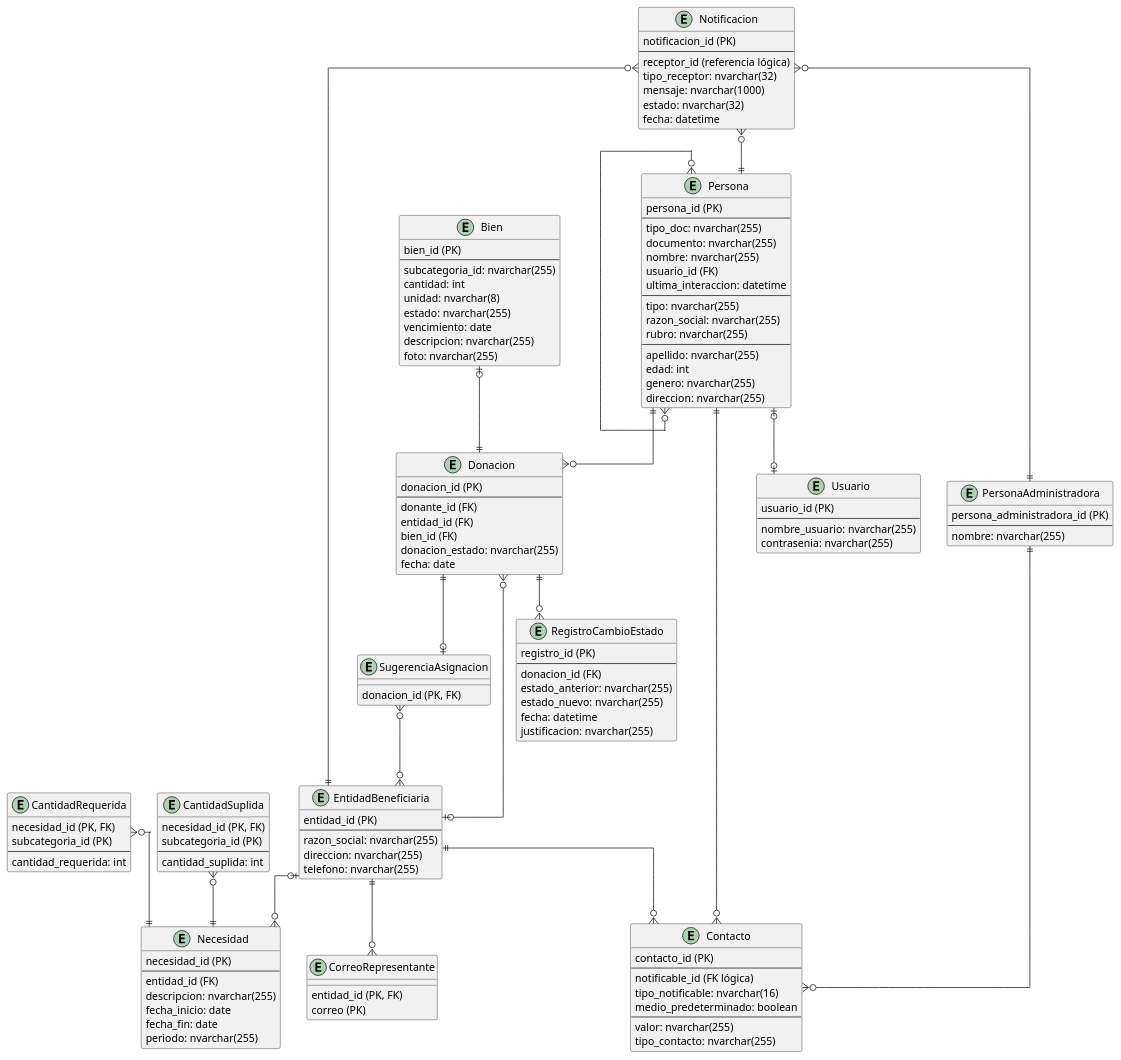
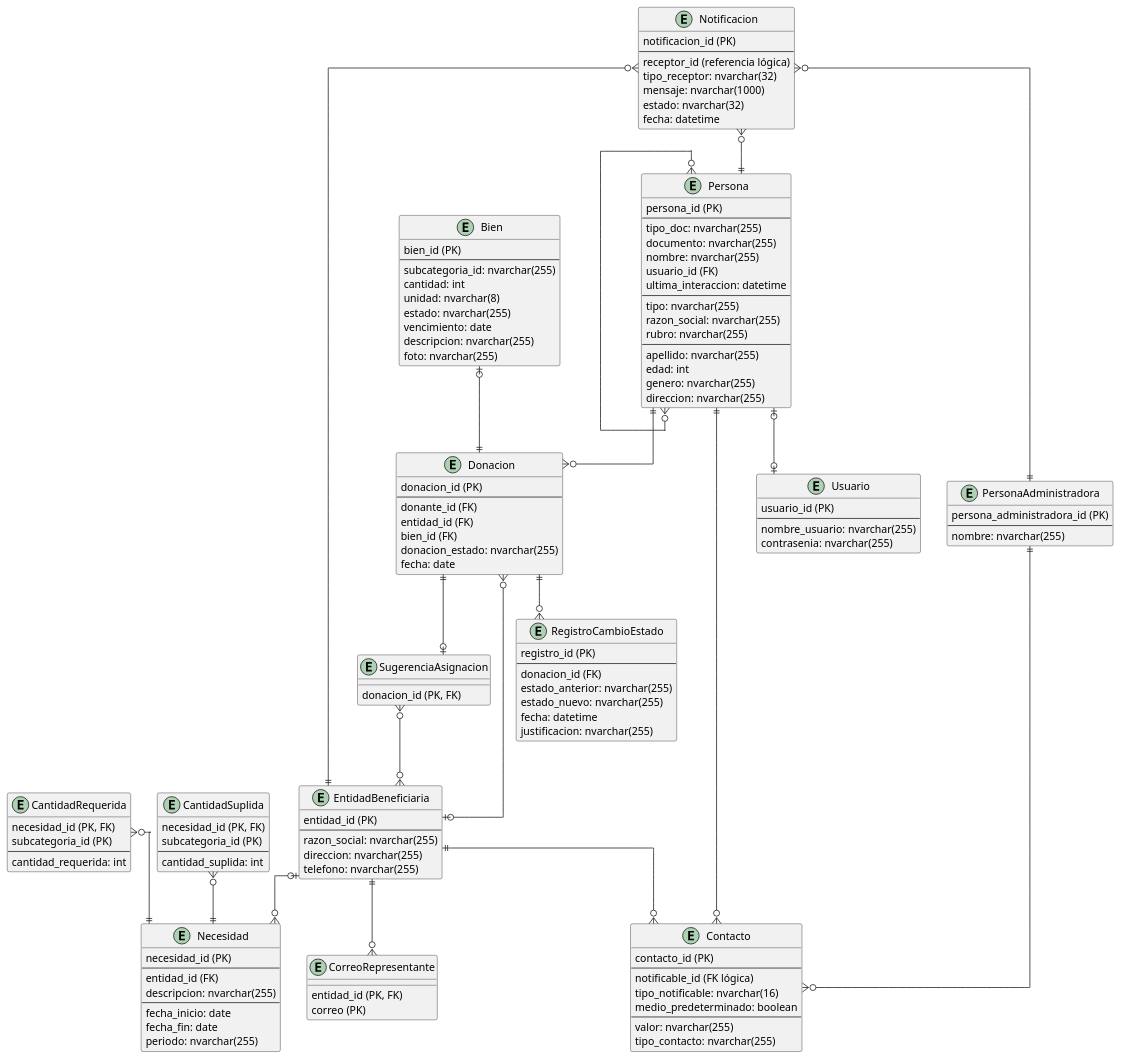
Before and after one commit to santiparis/dona-track: the diagram in documentacion/entrega3/DER_donaciones.puml, drawn with PlantUML. The commit also changed 3 other files, not shown here.

```diff
--- a/documentacion/entrega3/DER_donaciones.puml
+++ b/documentacion/entrega3/DER_donaciones.puml
@@ -1,153 +1,154 @@
 @startuml
 skinparam linetype ortho
 
 entity Bien {
     bien_id (PK)
     ---
     subcategoria_id: nvarchar(255)
     cantidad: int
     unidad: nvarchar(8)
     estado: nvarchar(255)
     vencimiento: date
     descripcion: nvarchar(255)
     foto: nvarchar(255)
 }
 
 entity Necesidad {
     necesidad_id (PK)
     ---
     entidad_id (FK)
     descripcion: nvarchar(255)
+    ---
     fecha_inicio: date
     fecha_fin: date
     periodo: nvarchar(255)
 }
 
 entity CantidadRequerida {
     necesidad_id (PK, FK)
     subcategoria_id (PK)
     ---
     cantidad_requerida: int
 }
 
 entity CantidadSuplida {
     necesidad_id (PK, FK)
     subcategoria_id (PK)
     ---
     cantidad_suplida: int
 }
 
 entity EntidadBeneficiaria {
     entidad_id (PK)
     ---
     razon_social: nvarchar(255)
     direccion: nvarchar(255)
     telefono: nvarchar(255)
 }
 
 entity Contacto {
     contacto_id (PK)
     ---
     notificable_id (FK lógica)
     tipo_notificable: nvarchar(16)
     medio_predeterminado: boolean
     ---
     valor: nvarchar(255)
     tipo_contacto: nvarchar(255)
 }
 
 entity Notificacion {
     notificacion_id (PK)
     ---
     receptor_id (referencia lógica)
     tipo_receptor: nvarchar(32)
     mensaje: nvarchar(1000)
     estado: nvarchar(32)
     fecha: datetime
 }
 
 entity Donacion {
     donacion_id (PK)
     ---
     donante_id (FK)
     entidad_id (FK)
     bien_id (FK)
     donacion_estado: nvarchar(255)
     fecha: date
 }
 
 entity RegistroCambioEstado {
     registro_id (PK)
     ---
     donacion_id (FK)
     estado_anterior: nvarchar(255)
     estado_nuevo: nvarchar(255)
     fecha: datetime
     justificacion: nvarchar(255)
 }
 
 entity Persona {
     persona_id (PK)
     ---
     tipo_doc: nvarchar(255)
     documento: nvarchar(255)
     nombre: nvarchar(255)
     usuario_id (FK)
     ultima_interaccion: datetime
     ---
     tipo: nvarchar(255)
     razon_social: nvarchar(255)
     rubro: nvarchar(255)
     ---
     apellido: nvarchar(255)
     edad: int
     genero: nvarchar(255)
     direccion: nvarchar(255)
 }
 
 entity PersonaAdministradora {
     persona_administradora_id (PK)
     ---
     nombre: nvarchar(255)
 }
 
 entity Usuario {
     usuario_id (PK)
     ---
     nombre_usuario: nvarchar(255)
     contrasenia: nvarchar(255)
 }
 
 entity CorreoRepresentante {
     entidad_id (PK, FK)
     correo (PK)
 }
 
 entity SugerenciaAsignacion {
     donacion_id (PK, FK)
 }
 
 Persona ||--o{ Contacto
 EntidadBeneficiaria ||--o{ Contacto
 PersonaAdministradora ||--o{ Contacto
 Persona |o--o| Usuario
 Notificacion }o--|| Persona
 Notificacion }o--|| EntidadBeneficiaria
 Notificacion }o--|| PersonaAdministradora
 
 Bien |o--|| Donacion
 
 CantidadRequerida }o--|| Necesidad
 
 CantidadSuplida }o--|| Necesidad
 
 EntidadBeneficiaria |o--o{ Necesidad
 EntidadBeneficiaria |o--o{ Donacion
 EntidadBeneficiaria ||--o{ CorreoRepresentante
 Persona ||--o{ Donacion
 
 Donacion ||--o{ RegistroCambioEstado
 Persona }o--o{ Persona
 Donacion ||--o| SugerenciaAsignacion
 SugerenciaAsignacion }o--o{ EntidadBeneficiaria
 @enduml
```
